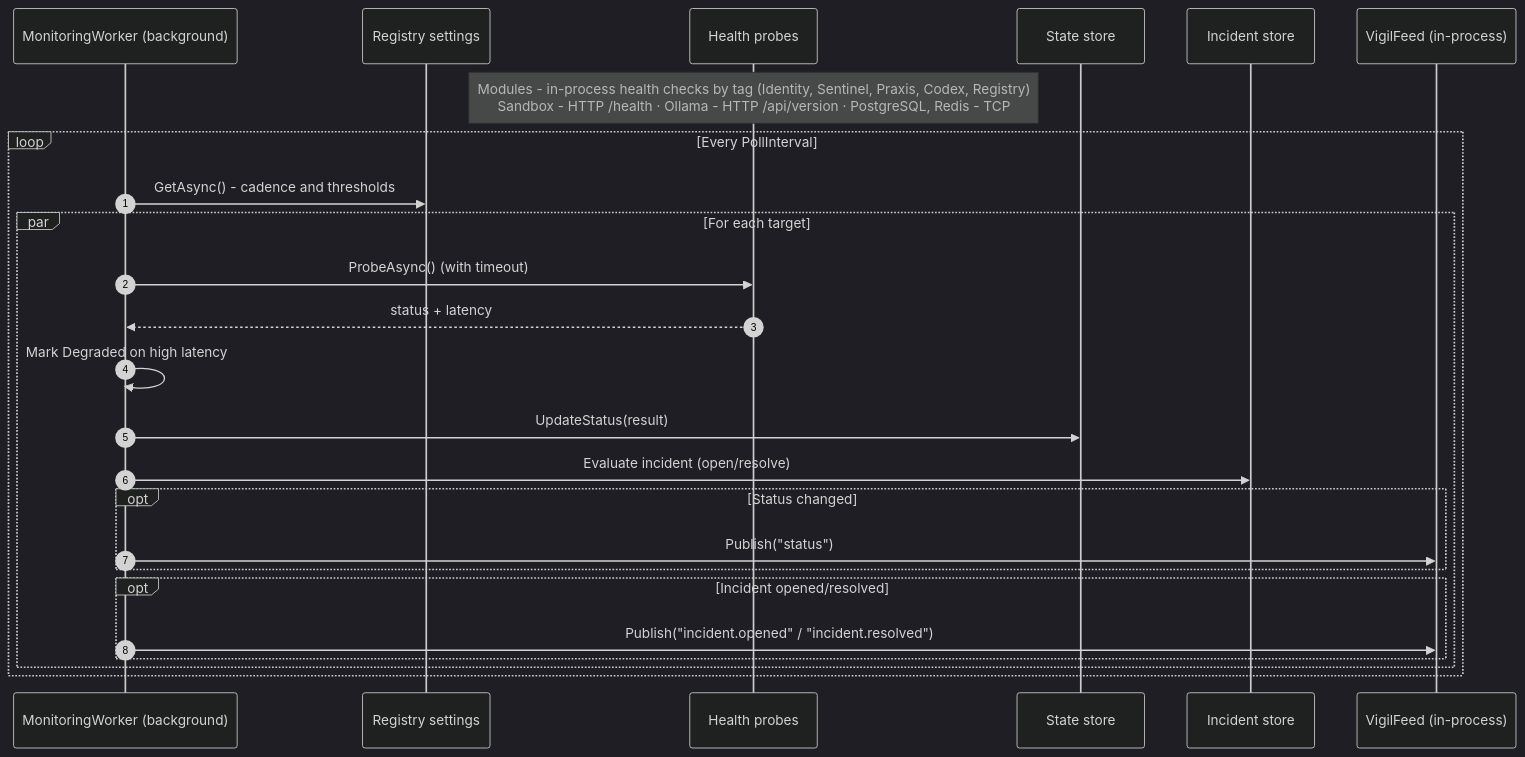
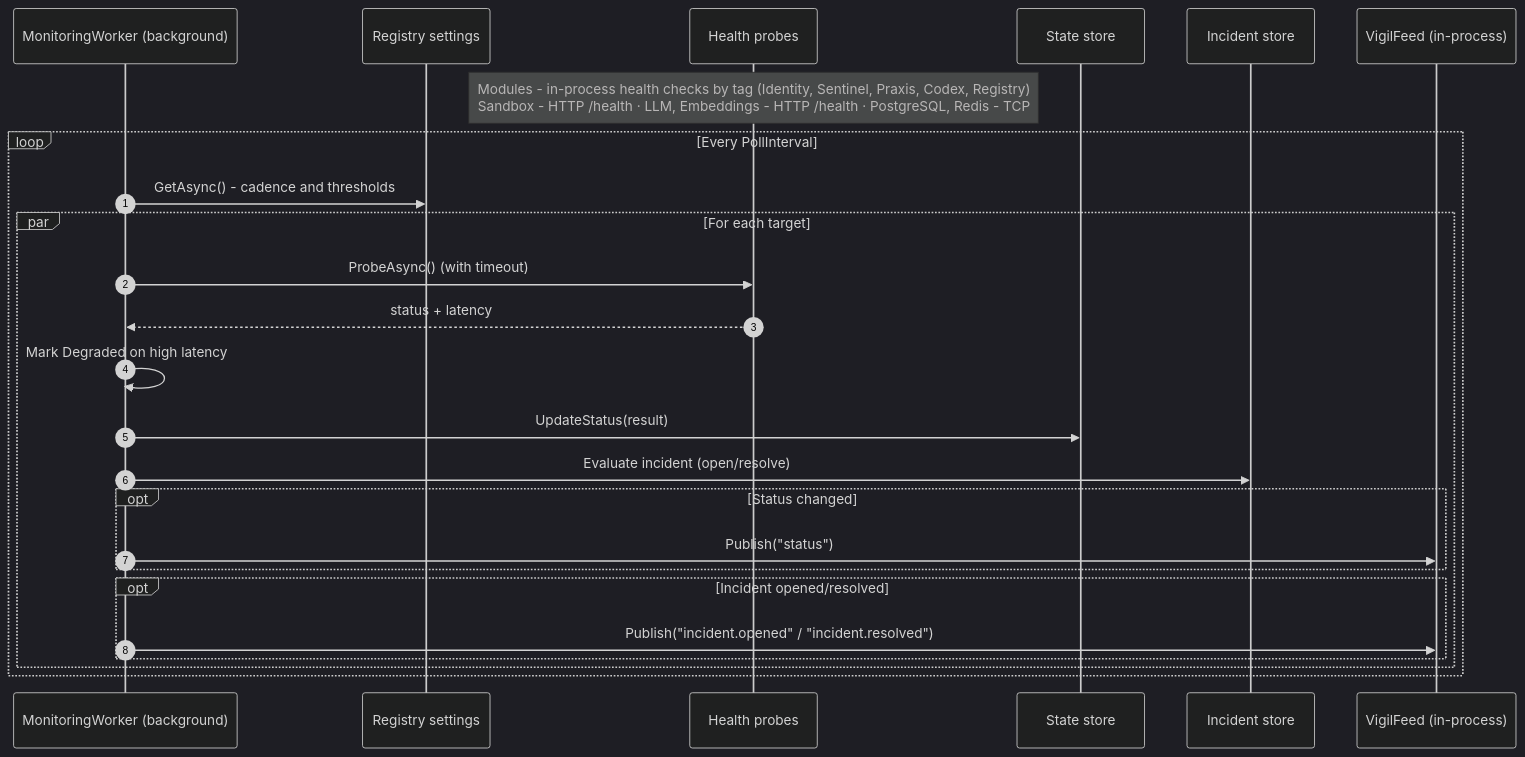
One commit to mihailshterev/sentium changed the diagram in docs/diagrams/vigil-1-monitoring-loop.md. Above: the diagram before and after it, drawn with Mermaid (dark theme). The commit also changed 108 other files, not shown here.

````diff
--- a/docs/diagrams/vigil-1-monitoring-loop.md
+++ b/docs/diagrams/vigil-1-monitoring-loop.md
@@ -1,28 +1,28 @@
 ```mermaid
 sequenceDiagram
     autonumber
     participant MW as MonitoringWorker (background)
     participant RS as Registry settings
     participant PR as Health probes
     participant ST as State store
     participant IN as Incident store
     participant FD as VigilFeed (in-process)
 
-    Note over PR: Modules - in-process health checks by tag (Identity, Sentinel, Praxis, Codex, Registry)<br/>Sandbox - HTTP /health · Ollama - HTTP /api/version · PostgreSQL, Redis - TCP
+    Note over PR: Modules - in-process health checks by tag (Identity, Sentinel, Praxis, Codex, Registry)<br/>Sandbox - HTTP /health · LLM, Embeddings - HTTP /health · PostgreSQL, Redis - TCP
     loop Every PollInterval
         MW->>RS: GetAsync() - cadence and thresholds
         par For each target
             MW->>PR: ProbeAsync() (with timeout)
             PR-->>MW: status + latency
             MW->>MW: Mark Degraded on high latency
             MW->>ST: UpdateStatus(result)
             MW->>IN: Evaluate incident (open/resolve)
             opt Status changed
                 MW->>FD: Publish("status")
             end
             opt Incident opened/resolved
                 MW->>FD: Publish("incident.opened" / "incident.resolved")
             end
         end
     end
 ```
````
